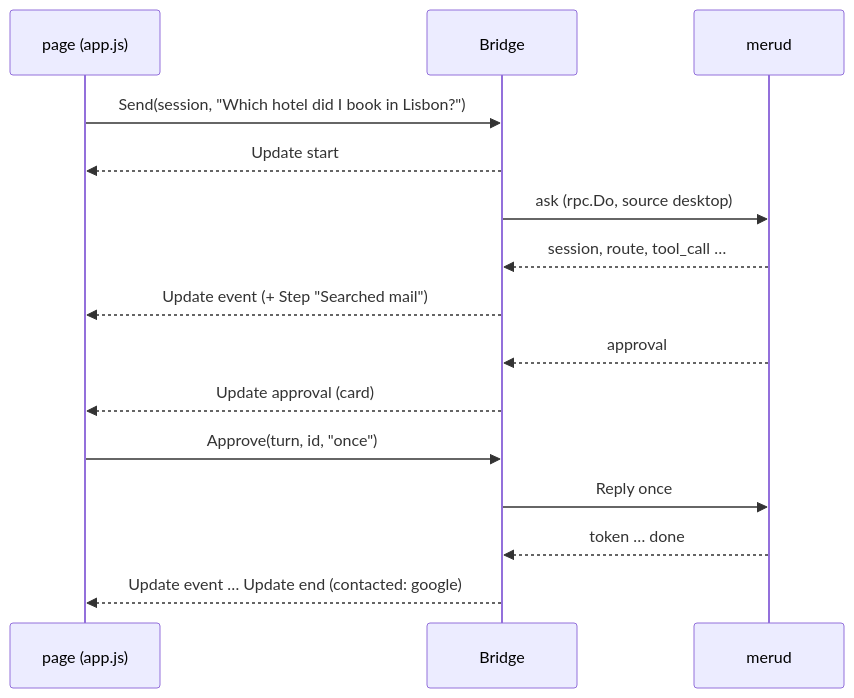
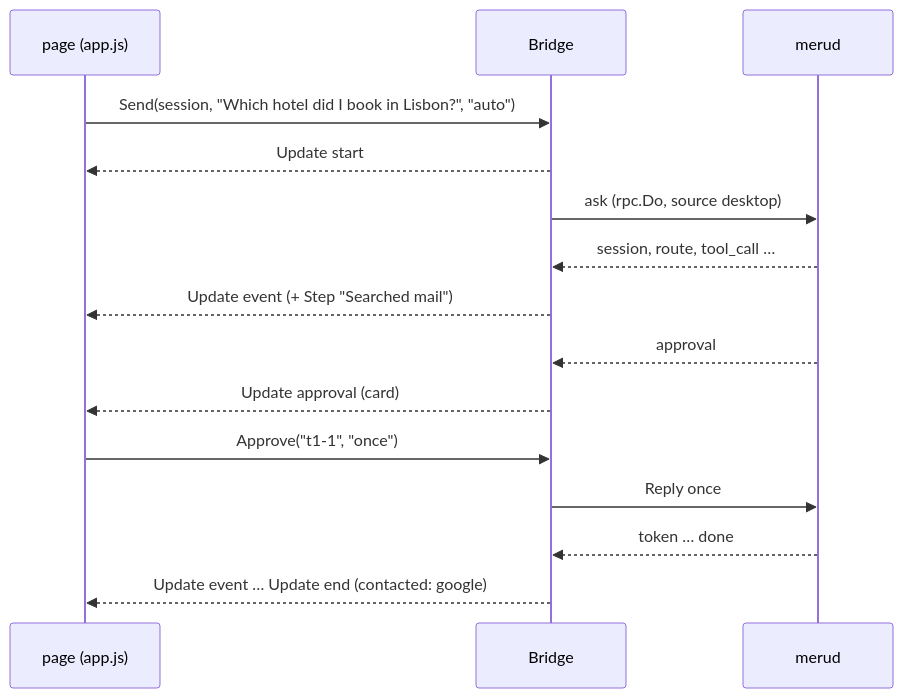
One commit to aarora79/meru changed the diagram in docs/coding-notes/desktop.md. Above: the diagram before and after it, drawn with Mermaid. The commit also changed other lines of this file and 25 other files, not shown here.

````diff
--- a/docs/coding-notes/desktop.md
+++ b/docs/coding-notes/desktop.md
@@ -23,17 +28,17 @@
 ```mermaid
 sequenceDiagram
     participant P as page (app.js)
     participant B as Bridge
     participant M as merud
-    P->>B: Send(session, "Which hotel did I book in Lisbon?")
+    P->>B: Send(session, "Which hotel did I book in Lisbon?", "auto")
     B-->>P: Update start
     B->>M: ask (rpc.Do, source desktop)
     M-->>B: session, route, tool_call …
     B-->>P: Update event (+ Step "Searched mail")
     M-->>B: approval
     B-->>P: Update approval (card)
-    P->>B: Approve(turn, id, "once")
+    P->>B: Approve("t1-1", "once")
     B->>M: Reply once
     M-->>B: token … done
     B-->>P: Update event … Update end (contacted: google)
 ```
````
